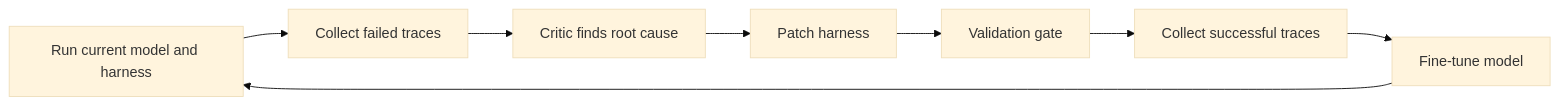
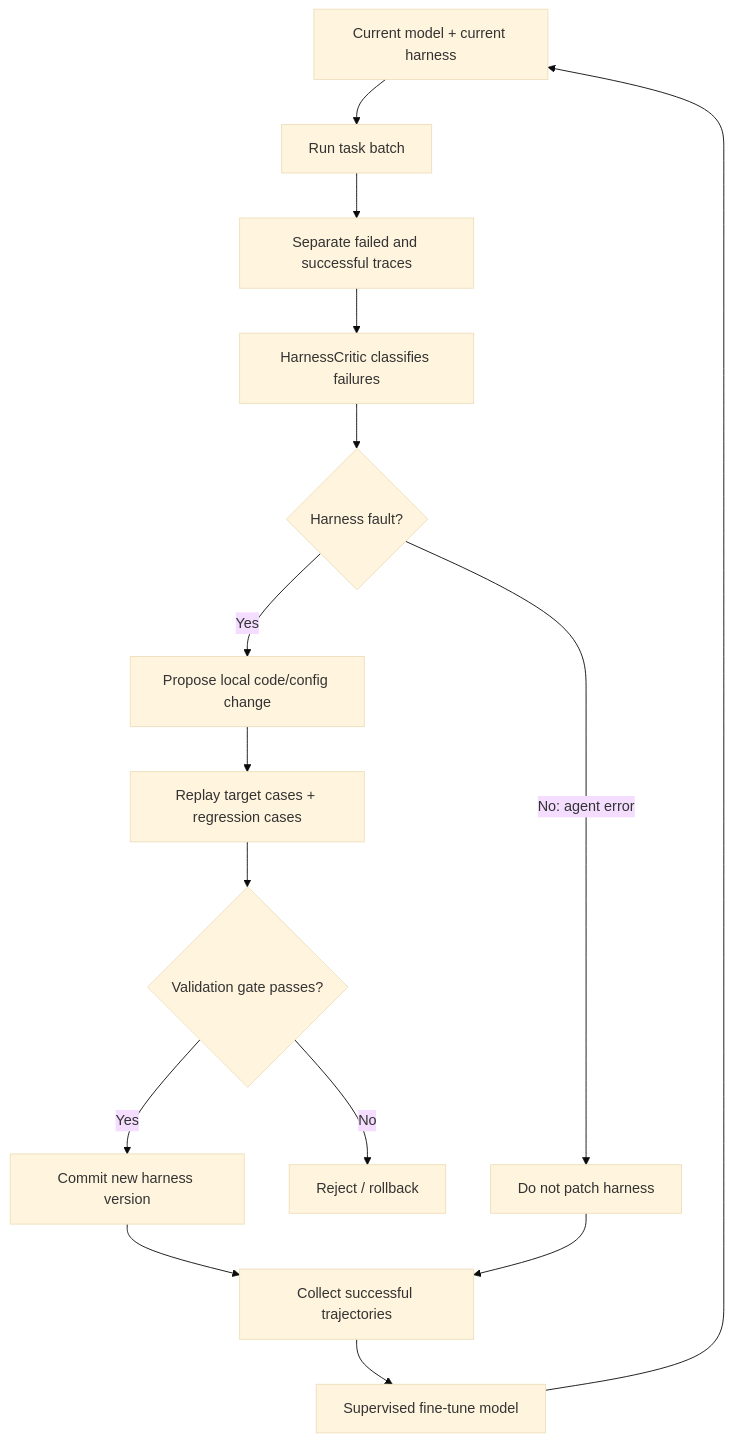
One commit to ShadowKingYT444/harness-papers-daily changed the diagram in _analyses/2607.22688.md. Above: the diagram before and after it, drawn with Mermaid (base theme). The commit also changed other lines of this file and 37 other files, not shown here.

````diff
--- a/_analyses/2607.22688.md
+++ b/_analyses/2607.22688.md
@@ -20,10 +42,17 @@
-```mermaid
-flowchart LR
-    A[Run current model and harness] --> B[Collect failed traces]
-    B --> C[Critic finds root cause]
-    C --> D[Patch harness]
-    D --> E[Validation gate]
-    E --> F[Collect successful traces]
-    F --> G[Fine-tune model]
-    G --> A
-```
+~~~mermaid
+flowchart TD
+    A["Current model + current harness"] --> B["Run task batch"]
+    B --> C["Separate failed and successful traces"]
+    C --> D["HarnessCritic classifies failures"]
+    D --> E{"Harness fault?"}
+    E -- "No: agent error" --> F["Do not patch harness"]
+    E -- "Yes" --> G["Propose local code/config change"]
+    G --> H["Replay target cases + regression cases"]
+    H --> I{"Validation gate passes?"}
+    I -- "No" --> J["Reject / rollback"]
+    I -- "Yes" --> K["Commit new harness version"]
+    K --> L["Collect successful trajectories"]
+    F --> L
+    L --> M["Supervised fine-tune model"]
+    M --> A
+~~~
````
